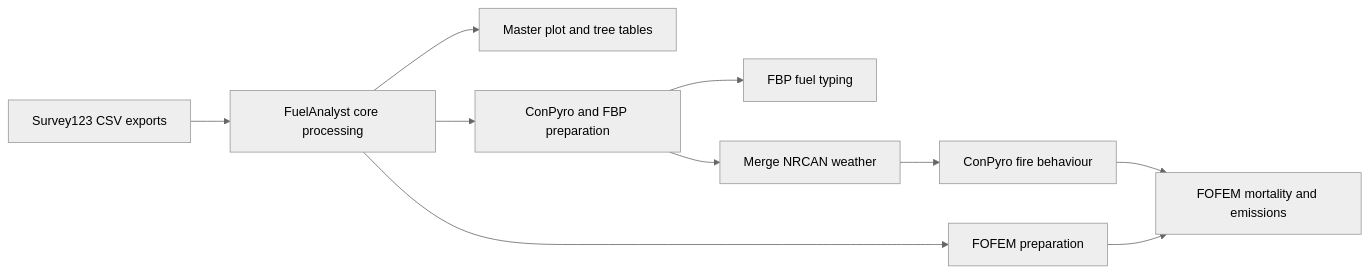
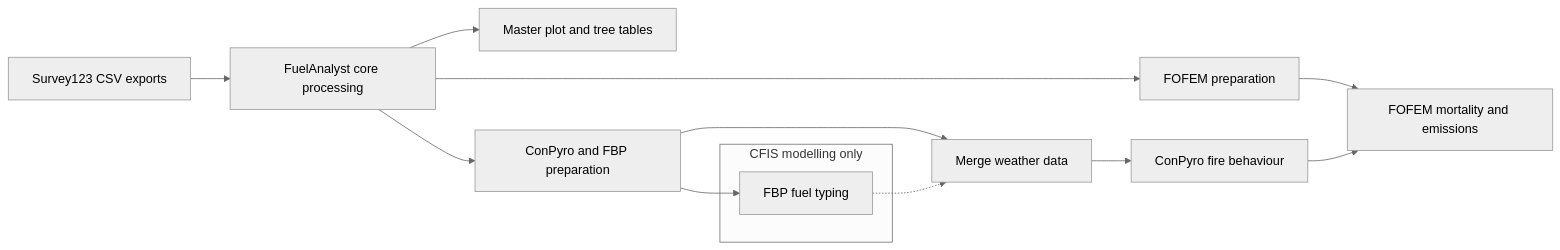
One commit to gagreene/FuelAnalyst changed the diagram in README.md. Above: the diagram before and after it, drawn with Mermaid (neutral theme). The commit also changed other lines of this file and 13 other files, not shown here.

First line of the commit message:
refactor: move weather/FBP/merge scripts into tools subpackage

````diff
--- a/README.md
+++ b/README.md
@@ -57,12 +57,16 @@
 ```mermaid
 flowchart LR
     A[Survey123 CSV exports] --> B[FuelAnalyst core processing]
     B --> C[Master plot and tree tables]
     B --> D[ConPyro and FBP preparation]
     B --> E[FOFEM preparation]
-    D --> F[FBP fuel typing]
-    D --> G[Merge NRCAN weather]
+    D --> F
+    subgraph CFIS["CFIS modelling only"]
+        F[FBP fuel typing]
+    end
+    D --> G[Merge weather data]
+    F -.-> G
     G --> H[ConPyro fire behaviour]
     E --> I[FOFEM mortality and emissions]
     H --> I
 ```
````
